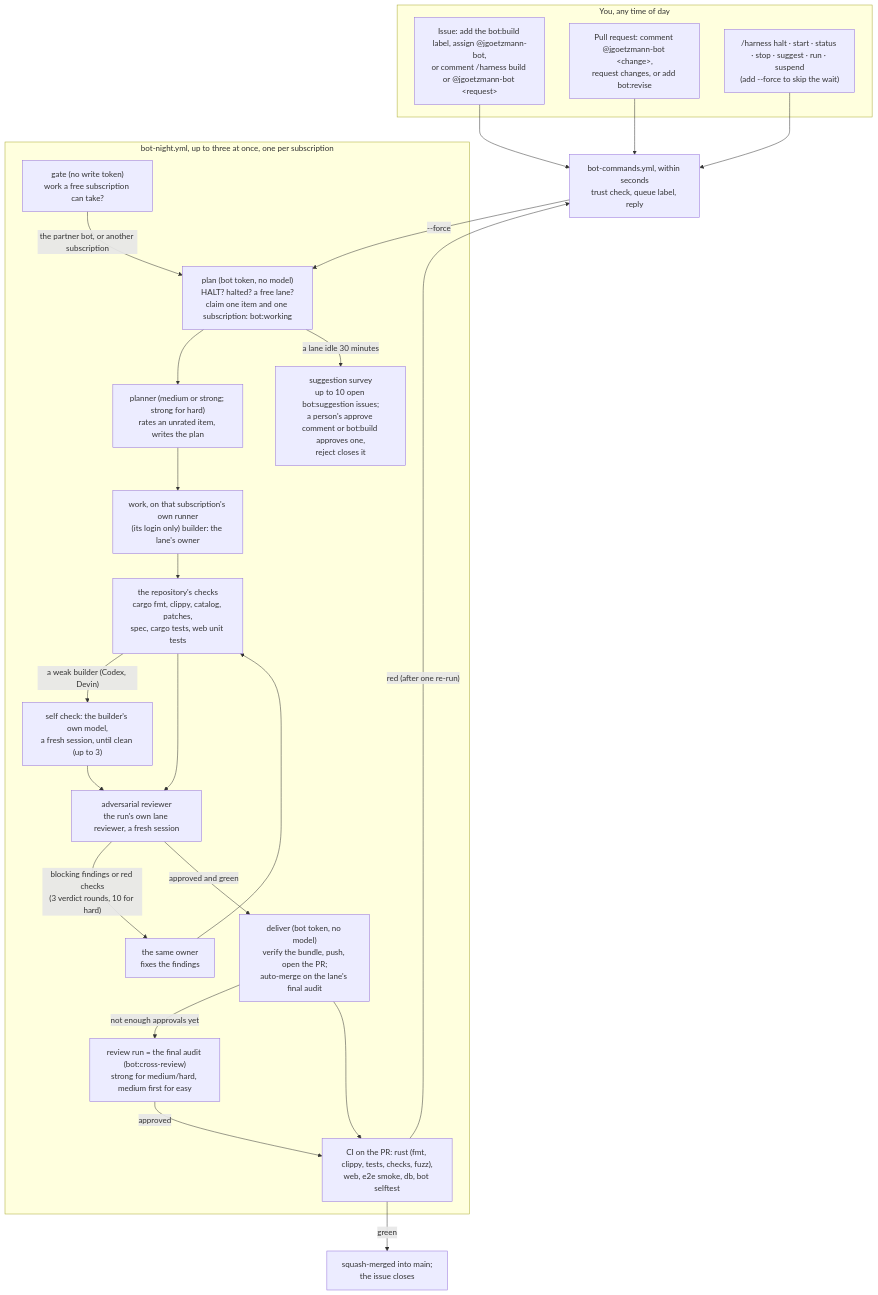
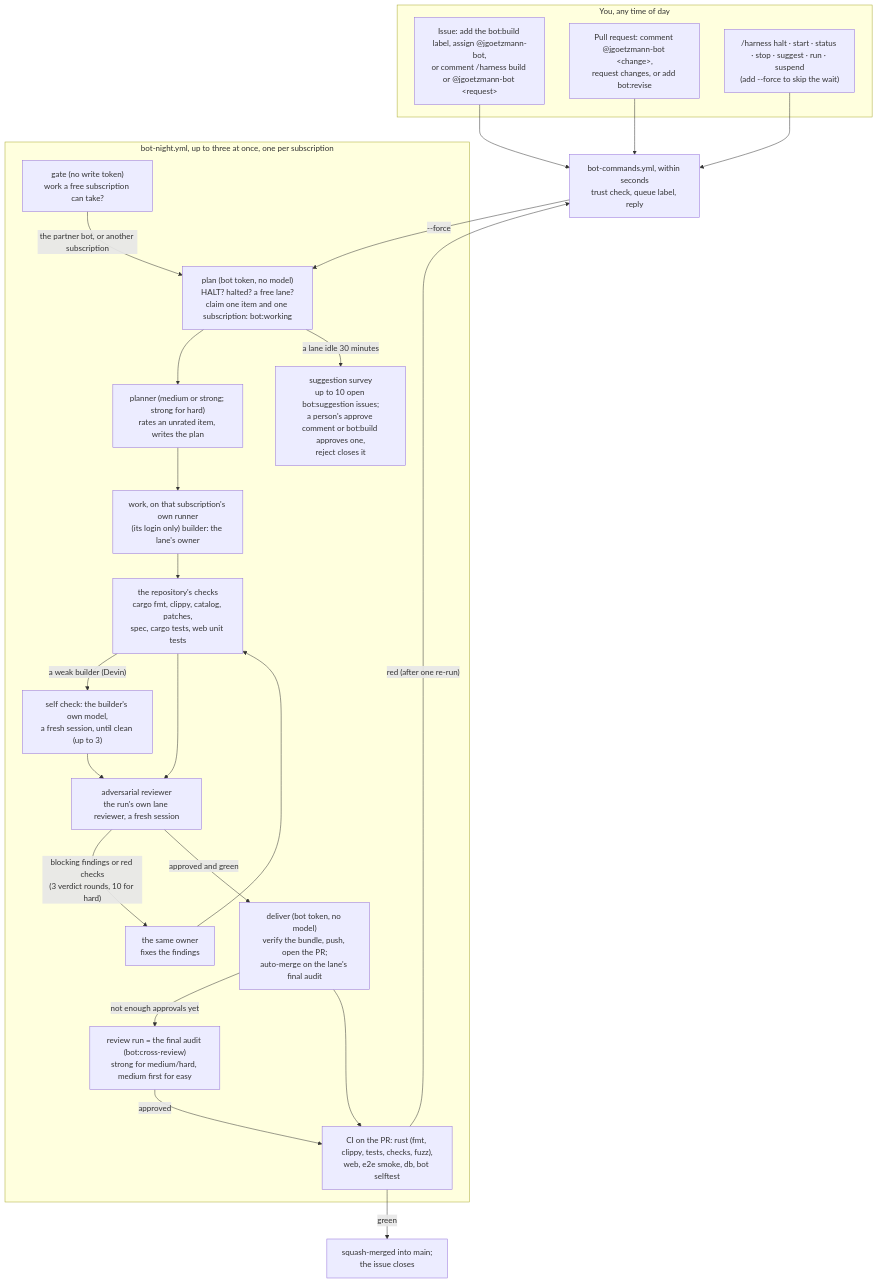
One commit to Jlore-Studios/JackiOh changed the diagram in bot/README.md. Above: the diagram before and after it, drawn with Mermaid. The commit also changed other lines of this file and 6 other files, not shown here.

````diff
--- a/bot/README.md
+++ b/bot/README.md
@@ -31,33 +31,33 @@
 ```mermaid
 flowchart TD
   subgraph you["You, any time of day"]
     I["Issue: add the bot:build label, assign @jgoetzmann-bot,<br/>or comment /harness build or @jgoetzmann-bot &lt;request&gt;"]
     P["Pull request: comment @jgoetzmann-bot &lt;change&gt;,<br/>request changes, or add bot:revise"]
     K["/harness halt · start · status · stop · suggest · run · suspend<br/>(add --force to skip the wait)"]
   end
   I --> E
   P --> E
   K --> E
   E["bot-commands.yml, within seconds<br/>trust check, queue label, reply"]
   E -- "--force" --> PL
   subgraph night["bot-night.yml, up to three at once, one per subscription"]
     GA["gate (no write token)<br/>work a free subscription can take?"]
     GA -- "the partner bot, or another subscription" --> PL
     PL["plan (bot token, no model)<br/>HALT? halted? a free lane?<br/>claim one item and one subscription: bot:working"]
     PL --> PN["planner (medium or strong; strong for hard)<br/>rates an unrated item, writes the plan"]
     PN --> B["work, on that subscription's own runner<br/>(its login only) builder: the lane's owner"]
     B --> G["the repository's checks<br/>cargo fmt, clippy, catalog, patches,<br/>spec, cargo tests, web unit tests"]
-    G -- "a weak builder (Codex, Devin)" --> SC["self check: the builder's own model,<br/>a fresh session, until clean (up to 3)"]
+    G -- "a weak builder (Devin)" --> SC["self check: the builder's own model,<br/>a fresh session, until clean (up to 3)"]
     SC --> R
     G --> R["adversarial reviewer<br/>the run's own lane reviewer, a fresh session"]
     R -- "blocking findings or red checks<br/>(3 verdict rounds, 10 for hard)" --> F["the same owner<br/>fixes the findings"]
     F --> G
     R -- "approved and green" --> D["deliver (bot token, no model)<br/>verify the bundle, push, open the PR;<br/>auto-merge on the lane's final audit"]
     D -- "not enough approvals yet" --> X["review run = the final audit (bot:cross-review)<br/>strong for medium/hard, medium first for easy"]
     X -- "approved" --> CI
     PL -- "a lane idle 30 minutes" --> S["suggestion survey<br/>up to 10 open bot:suggestion issues;<br/>a person's approve comment or bot:build approves one,<br/>reject closes it"]
   end
   D --> CI["CI on the PR: rust (fmt, clippy, tests, checks, fuzz),<br/>web, e2e smoke, db, bot selftest"]
   CI -- "green" --> M["squash-merged into main;<br/>the issue closes"]
   CI -- "red (after one re-run)" --> E
 ```
````
